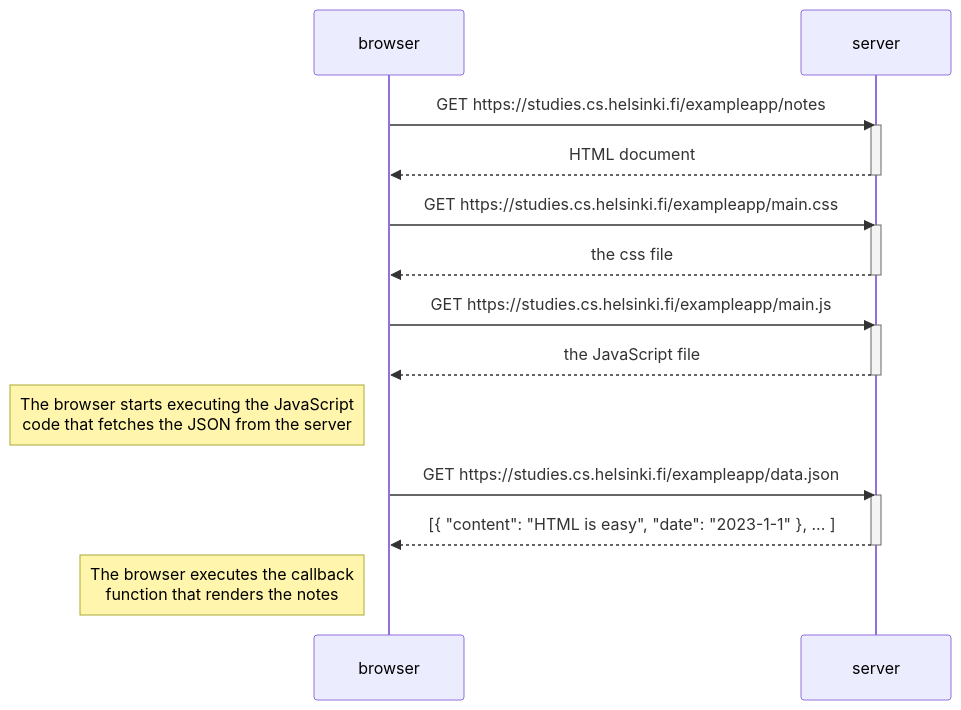
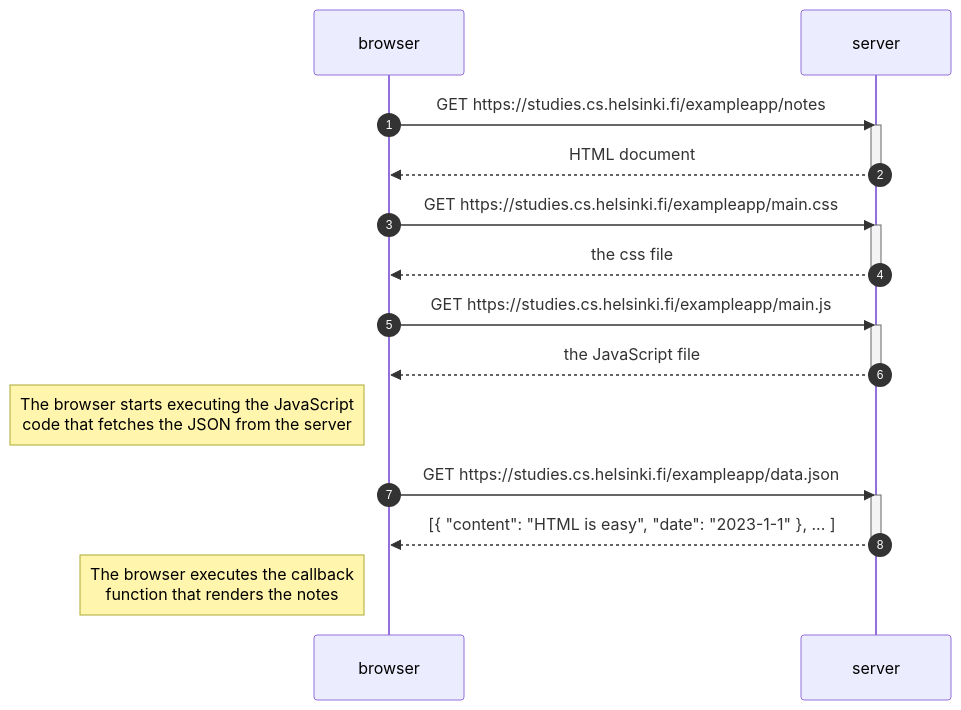
Before and after one commit to joshitobuba/example_app: the diagram in part0/exercise_0_4.md, drawn with Mermaid.

````diff
--- a/part0/exercise_0_4.md
+++ b/part0/exercise_0_4.md
@@ -1,29 +1,30 @@
 ```mermaid
   sequenceDiagram
+    autonumber
     participant browser
     participant server
 
     browser->>server: GET https://studies.cs.helsinki.fi/exampleapp/notes
     activate server
     server-->>browser: HTML document
     deactivate server
 
     browser->>server: GET https://studies.cs.helsinki.fi/exampleapp/main.css
     activate server
     server-->>browser: the css file
     deactivate server
 
     browser->>server: GET https://studies.cs.helsinki.fi/exampleapp/main.js
     activate server
     server-->>browser: the JavaScript file
     deactivate server
 
     note left of browser: The browser starts executing the JavaScript<br/>code that fetches the JSON from the server
 
     browser->>server: GET https://studies.cs.helsinki.fi/exampleapp/data.json
     activate server
     server-->>browser: [{ "content": "HTML is easy", "date": "2023-1-1" }, ... ]
     deactivate server
 
     note left of browser: The browser executes the callback<br/>function that renders the notes
 ```
````
